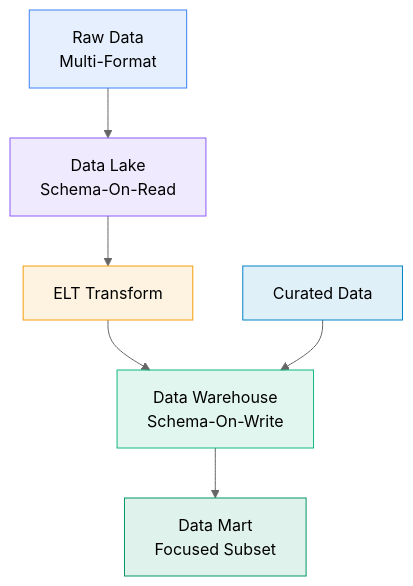
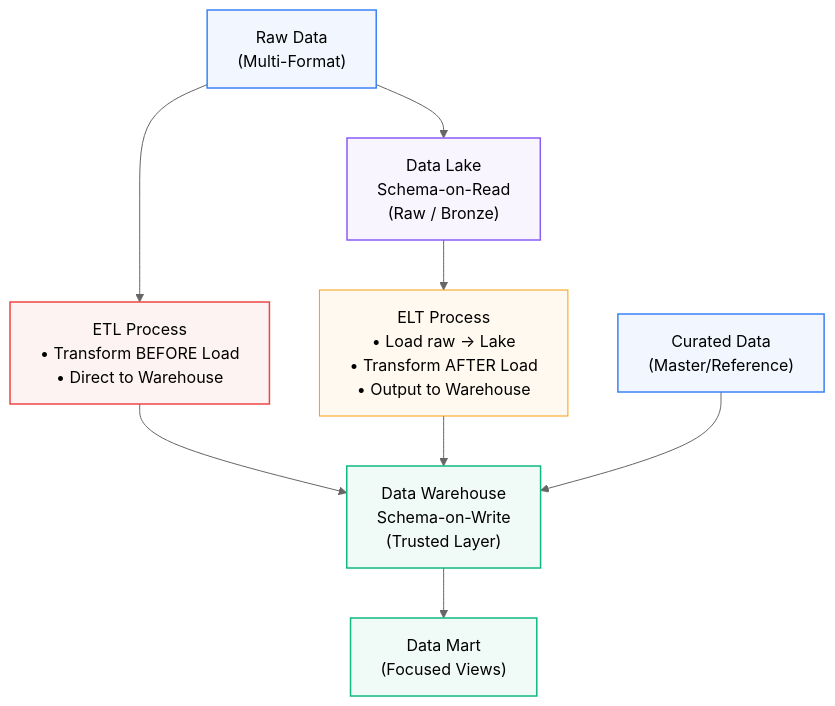
One commit to MadeInShineA/hei-course-summaries changed the second of 6 diagrams in 302.1-data-computation/summaries/intro.md. Above: the diagram before and after it, drawn with Mermaid (neutral theme). The commit also changed other lines of this file and 1 other file, not shown here.

Commit message:
Finalised the airflow intro and docker summaries

````diff
--- a/302.1-data-computation/summaries/intro.md
+++ b/302.1-data-computation/summaries/intro.md
@@ -151,15 +151,34 @@
 ```mermaid
 graph TB
-    Raw[Raw Data<br/>Multi-Format] --> Lake[Data Lake<br/>Schema-On-Read]
-    Lake --> Transform[ELT Transform]
-    Transform --> Warehouse[Data Warehouse<br/>Schema-On-Write]
-    Warehouse --> Mart[Data Mart<br/>Focused Subset]
-    Structured[Curated Data] --> Warehouse
-    
-    style Raw fill:#3b82f620,stroke:#3b82f6
-    style Lake fill:#8b5cf620,stroke:#8b5cf6
-    style Transform fill:#f59e0b20,stroke:#f59e0b
-    style Warehouse fill:#10b98120,stroke:#10b981
-    style Mart fill:#05966920,stroke:#059669
-    style Structured fill:#0284c720,stroke:#0284c7
+    %% --- Nodes ---
+    Raw["Raw Data\n(Multi-Format)"]
+    Lake["Data Lake\nSchema-on-Read\n(Raw / Bronze)"]
+    ETL["ETL Process\n• Transform BEFORE Load\n• Direct to Warehouse"]
+    ELT["ELT Process\n• Load raw → Lake\n• Transform AFTER Load\n• Output to Warehouse"]
+    Warehouse["Data Warehouse\nSchema-on-Write\n(Trusted Layer)"]
+    Mart["Data Mart\n(Focused Views)"]
+    Structured["Curated Data\n(Master/Reference)"]
+
+    %% --- Flow ---
+    Raw --> ETL
+    Raw --> Lake
+    Lake --> ELT
+    ETL --> Warehouse
+    ELT --> Warehouse
+    Warehouse --> Mart
+    Structured --> Warehouse
+
+    %% --- Styling ---
+    classDef source fill:#3b82f610,stroke:#3b82f6,stroke-width:1.5px;
+    classDef lake fill:#8b5cf610,stroke:#8b5cf6,stroke-width:1.5px;
+    classDef etl fill:#ef444410,stroke:#ef4444,stroke-width:1.5px;
+    classDef elt fill:#f59e0b10,stroke:#f59e0b,stroke-width:2px;  %% Slightly bolder for emphasis
+    classDef storage fill:#10b98110,stroke:#10b981,stroke-width:1.5px;
+    classDef curated fill:#0284c710,stroke:#0284c7,stroke-width:1.5px;
+
+    class Raw,Structured source
+    class Lake lake
+    class ETL etl
+    class ELT elt
+    class Warehouse,Mart storage
 ```
````
